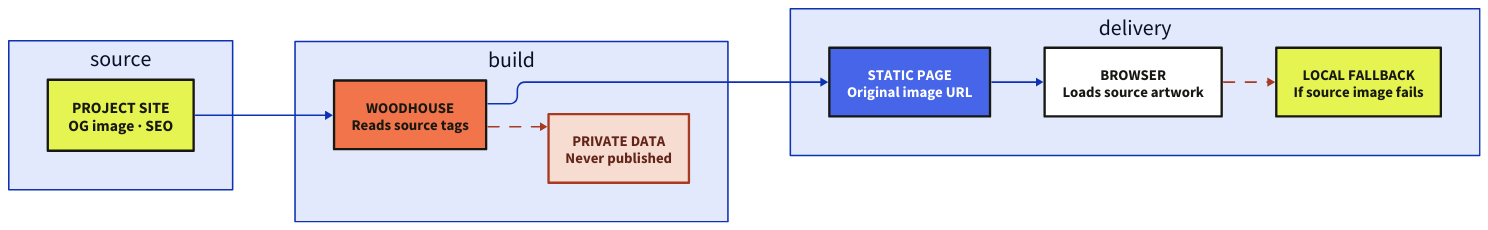
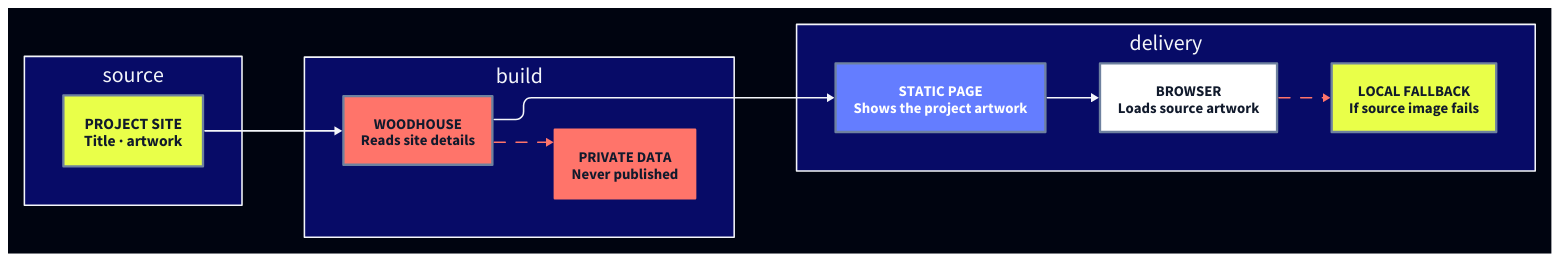
One commit to loftwah/woodhouse-new changed the diagram in diagrams/publication-path.d2. Above: the diagram before and after it, drawn with D2. The commit also changed 105 other files, not shown here.

Commit message:
Rework Woodhouse around project artwork and D2 maps

```diff
--- a/diagrams/publication-path.d2
+++ b/diagrams/publication-path.d2
@@ -1,26 +1,26 @@
 direction: right
-vars: {d2-config: {layout-engine: elk; theme-id: 0}}
+vars: {d2-config: {layout-engine: elk; theme-id: 201}}
 
 source: {
   direction: down
-  site: "PROJECT SITE\nOG image · SEO" {style.fill: "#E6F451"; style.stroke: "#171812"; style.stroke-width: 3; style.font-color: "#171812"; style.font-size: 20; style.bold: true}
+  site: "PROJECT SITE\nTitle · artwork" {style.fill: "#E9FF49"; style.stroke: "#6E819F"; style.stroke-width: 3; style.font-color: "#111A2C"; style.font-size: 20; style.bold: true}
 }
 
 build: {
   direction: down
-  woodhouse: "WOODHOUSE\nReads source tags" {style.fill: "#F2744A"; style.stroke: "#171812"; style.stroke-width: 3; style.font-color: "#171812"; style.font-size: 19; style.bold: true}
-  private: "PRIVATE DATA\nNever published" {style.fill: "#F7DDD1"; style.stroke: "#A83A20"; style.stroke-width: 3; style.font-color: "#632519"; style.font-size: 19; style.bold: true}
-  woodhouse -> private {style.stroke: "#A83A20"; style.stroke-dash: 7}
+  woodhouse: "WOODHOUSE\nReads site details" {style.fill: "#FF746A"; style.stroke: "#6E819F"; style.stroke-width: 3; style.font-color: "#111A2C"; style.font-size: 19; style.bold: true}
+  private: "PRIVATE DATA\nNever published" {style.fill: "#FF746A"; style.stroke: "#FF746A"; style.stroke-width: 3; style.font-color: "#111A2C"; style.font-size: 19; style.bold: true}
+  woodhouse -> private {style.stroke: "#FF746A"; style.stroke-dash: 7}
 }
 
 delivery: {
   direction: down
-  page: "STATIC PAGE\nOriginal image URL" {style.fill: "#4665E8"; style.stroke: "#171812"; style.stroke-width: 3; style.font-color: "#FFFFFF"; style.font-size: 19; style.bold: true}
-  browser: "BROWSER\nLoads source artwork" {style.fill: "#FFFFFF"; style.stroke: "#171812"; style.stroke-width: 3; style.font-color: "#171812"; style.font-size: 19; style.bold: true}
-  fallback: "LOCAL FALLBACK\nIf source image fails" {style.fill: "#E6F451"; style.stroke: "#171812"; style.stroke-width: 3; style.font-color: "#171812"; style.font-size: 19; style.bold: true}
+  page: "STATIC PAGE\nShows the project artwork" {style.fill: "#647DFF"; style.stroke: "#6E819F"; style.stroke-width: 3; style.font-color: "#FFFFFF"; style.font-size: 19; style.bold: true}
+  browser: "BROWSER\nLoads source artwork" {style.fill: "#FFFFFF"; style.stroke: "#6E819F"; style.stroke-width: 3; style.font-color: "#111A2C"; style.font-size: 19; style.bold: true}
+  fallback: "LOCAL FALLBACK\nIf source image fails" {style.fill: "#E9FF49"; style.stroke: "#6E819F"; style.stroke-width: 3; style.font-color: "#111A2C"; style.font-size: 19; style.bold: true}
   page -> browser
-  browser -> fallback {style.stroke: "#A83A20"; style.stroke-dash: 7}
+  browser -> fallback {style.stroke: "#FF746A"; style.stroke-dash: 7}
 }
 
 source.site -> build.woodhouse
 build.woodhouse -> delivery.page
```
